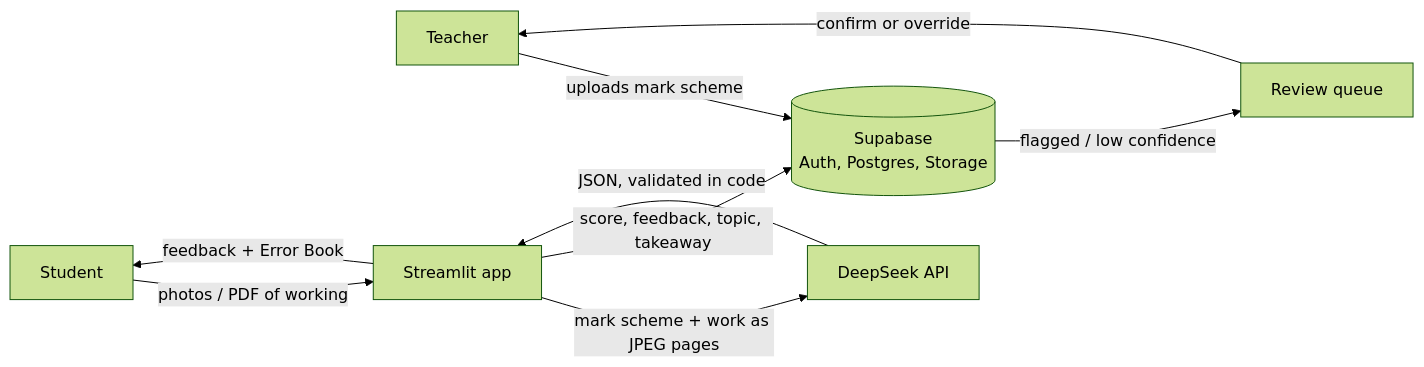
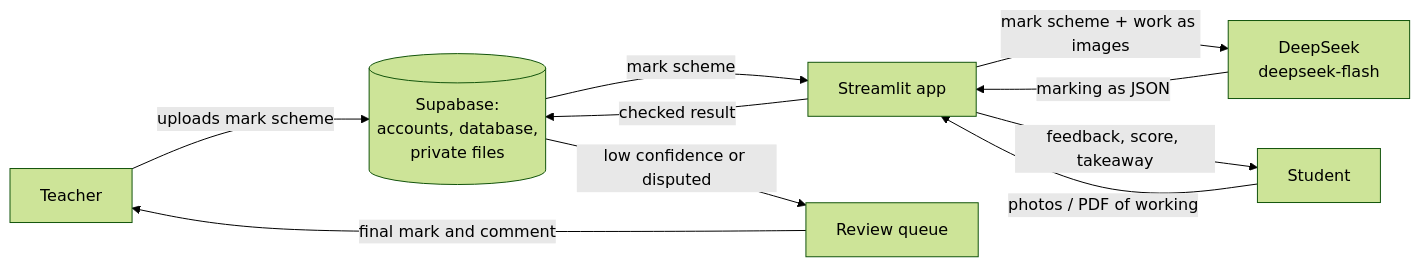
The diagram in README.md (WHYNOT-LUO/mathexaminer-ai), drawn with Mermaid (forest theme) before and after one commit. The commit also changed other lines of this file and 8 other files, not shown here.

First line of the commit message:
Expand the README and add an architecture guide

````diff
--- a/README.md
+++ b/README.md
@@ -55,11 +97,12 @@
 ```mermaid
 flowchart LR
-    T[Teacher] -->|uploads mark scheme| SB[(Supabase<br/>Auth, Postgres, Storage)]
+    T[Teacher] -->|uploads mark scheme| SB[(Supabase:<br/>accounts, database,<br/>private files)]
     S[Student] -->|photos / PDF of working| APP[Streamlit app]
-    APP -->|mark scheme + work as JPEG pages| G[DeepSeek API]
-    G -->|JSON, validated in code| APP
-    APP -->|score, feedback, topic, takeaway| SB
-    APP -->|feedback + Error Book| S
-    SB -->|flagged / low confidence| Q[Review queue]
-    Q -->|confirm or override| T
+    SB -->|mark scheme| APP
+    APP -->|mark scheme + work as images| AI[DeepSeek<br/>deepseek-flash]
+    AI -->|marking as JSON| APP
+    APP -->|checked result| SB
+    APP -->|feedback, score, takeaway| S
+    SB -->|low confidence or disputed| Q[Review queue]
+    Q -->|final mark and comment| T
 ```
````
